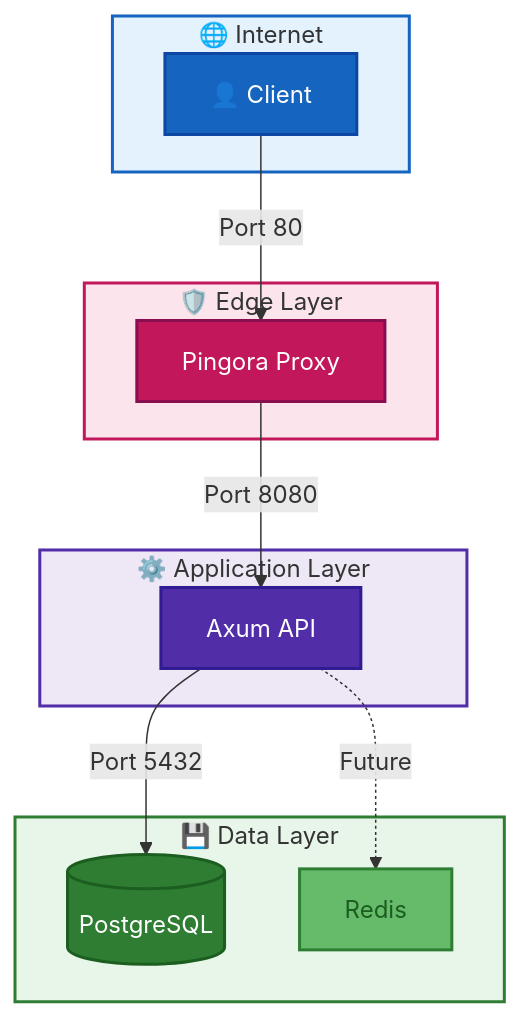
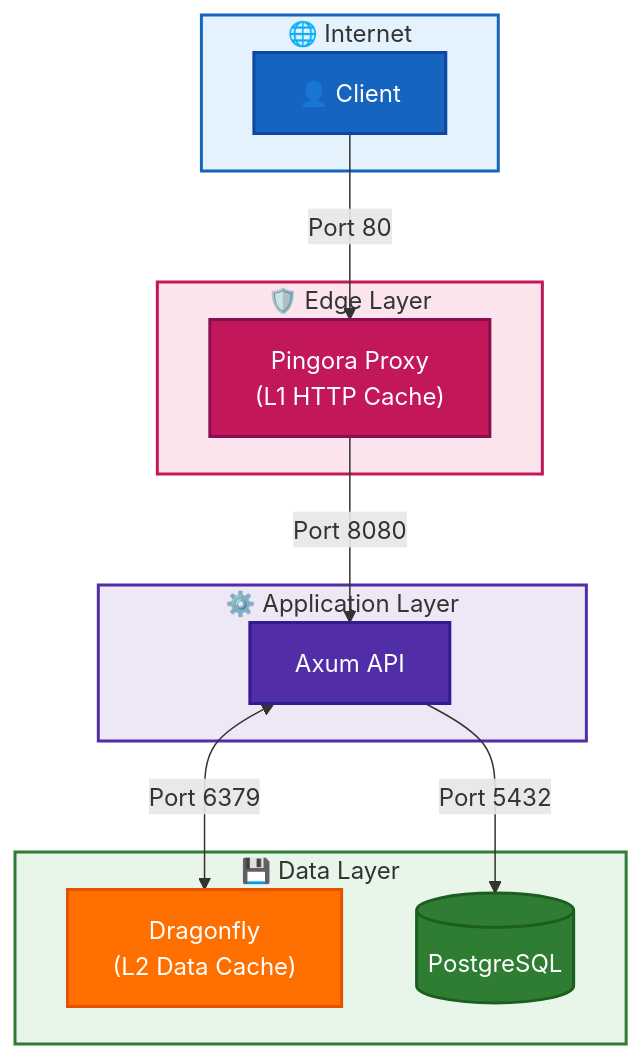
Before and after one commit to arrkpong/axum-api: the diagram in README.md, drawn with Mermaid. The commit also changed other lines of this file and 9 other files, not shown here.

First line of the commit message:
Add Redis/Dragonfly cache integration

````diff
--- a/README.md
+++ b/README.md
@@ -38,36 +38,36 @@
 ```mermaid
 flowchart TB
     subgraph Internet["🌐 Internet"]
         Client["👤 Client"]
     end
 
     subgraph Edge["🛡️ Edge Layer"]
-        Proxy["Pingora Proxy"]
+        Proxy["Pingora Proxy<br/>(L1 HTTP Cache)"]
     end
 
     subgraph Application["⚙️ Application Layer"]
         API["Axum API"]
     end
 
     subgraph Data["💾 Data Layer"]
+        Cache["Dragonfly<br/>(L2 Data Cache)"]
         DB[("PostgreSQL")]
-        Cache["Redis"]
     end
 
     Client -->|"Port 80"| Proxy
     Proxy -->|"Port 8080"| API
+    API <-->|"Port 6379"| Cache
     API -->|"Port 5432"| DB
-    API -.->|"Future"| Cache
 
     %% High Contrast Styling
     style Internet fill:#E3F2FD,stroke:#1565C0,stroke-width:2px
     style Edge fill:#FCE4EC,stroke:#C2185B,stroke-width:2px
     style Application fill:#EDE7F6,stroke:#512DA8,stroke-width:2px
     style Data fill:#E8F5E9,stroke:#2E7D32,stroke-width:2px
 
     style Client fill:#1565C0,stroke:#0D47A1,stroke-width:2px,color:#FFF
     style Proxy fill:#C2185B,stroke:#880E4F,stroke-width:2px,color:#FFF
     style API fill:#512DA8,stroke:#311B92,stroke-width:2px,color:#FFF
+    style Cache fill:#FF6F00,stroke:#E65100,stroke-width:2px,color:#FFF
     style DB fill:#2E7D32,stroke:#1B5E20,stroke-width:2px,color:#FFF
-    style Cache fill:#66BB6A,stroke:#2E7D32,stroke-width:2px,color:#1B5E20
 ```
````
